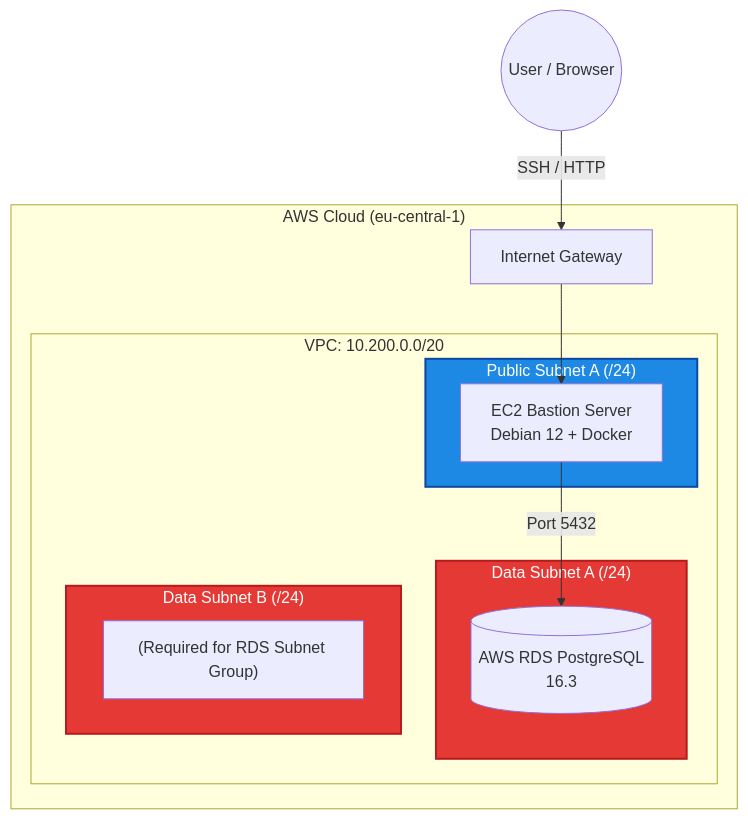
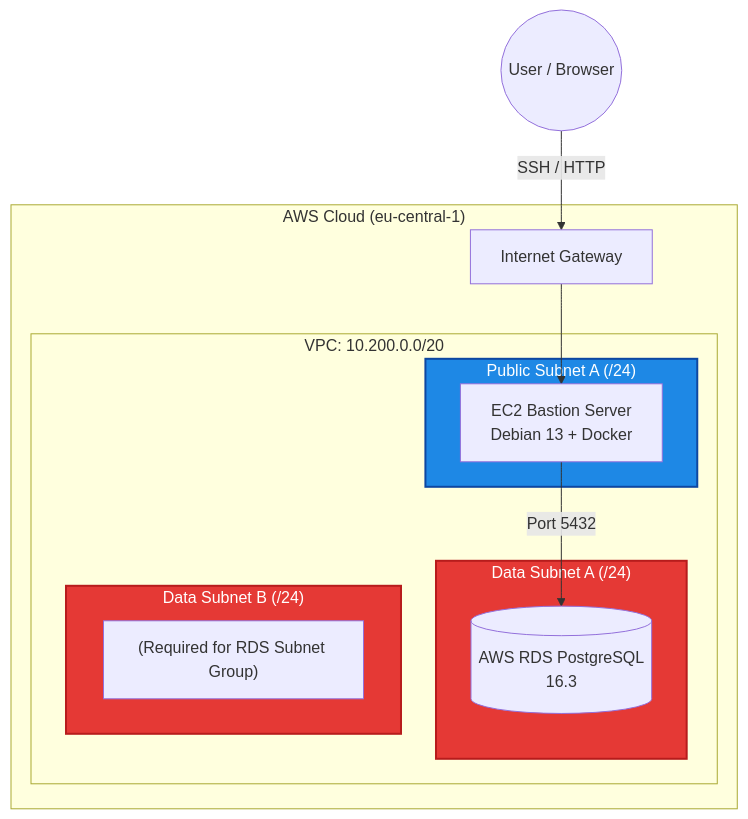
Before and after one commit to Upwind1647/infrastructure-lab: the diagram in docs/phase4/infrastructure-as-code.md, drawn with Mermaid. The commit also changed 4 other files, not shown here.

Commit message:
docs: update diagrams and comments regarding AWS EKS & debian 13

````diff
--- a/docs/phase4/infrastructure-as-code.md
+++ b/docs/phase4/infrastructure-as-code.md
@@ -18,32 +18,32 @@
 ```mermaid
 graph TD
     Client((User / Browser))
 
     subgraph AWS Cloud ["AWS Cloud (eu-central-1)"]
         IGW["Internet Gateway"]
 
         subgraph VPC ["VPC: 10.200.0.0/20"]
             subgraph PubA ["Public Subnet A (/24)"]
-                EC2["EC2 Bastion Server<br>Debian 12 + Docker"]
+                EC2["EC2 Bastion Server<br>Debian 13 + Docker"]
             end
 
             subgraph DataA ["Data Subnet A (/24)"]
                 RDS[("AWS RDS PostgreSQL<br>16.3")]
             end
 
             subgraph DataB ["Data Subnet B (/24)"]
                 Dummy["(Required for RDS Subnet Group)"]
             end
         end
     end
 
     Client -->|SSH / HTTP| IGW
     IGW --> EC2
     EC2 -->|Port 5432| RDS
 
     classDef public fill:#1e88e5,stroke:#0d47a1,stroke-width:2px,color:#fff;
     classDef data fill:#e53935,stroke:#b71c1c,stroke-width:2px,color:#fff;
 
     class PubA public;
     class DataA,DataB data;
 ```
````
